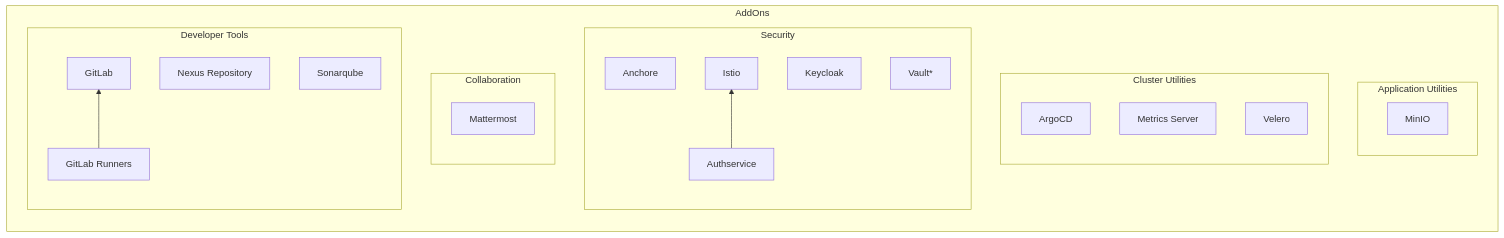
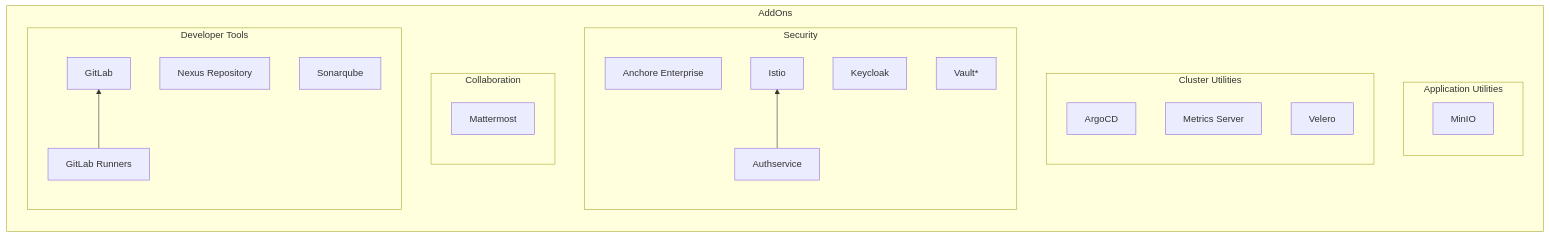
The second of 2 diagrams in docs/understanding-bigbang/package-architecture/README.md (DoD-Platform-One/bigbang), drawn with Mermaid before and after one commit. The commit also changed other lines of this file and 7 other files, not shown here.

Commit message:
Update package architechture diagram to reflect 3.0 changes

````diff
--- a/docs/understanding-bigbang/package-architecture/README.md
+++ b/docs/understanding-bigbang/package-architecture/README.md
@@ -71,35 +68,35 @@
 ```mermaid
 flowchart LR
   subgraph AddOns
     subgraph AppUtils[Application Utilities]
       MinIO
     end
 
     subgraph ClusterUtils[Cluster Utilities]
     direction BT
       ArgoCD
       Metrics[Metrics Server]
       Velero
     end
 
     subgraph "Security"
     direction BT
-      Anchore
+      Anchore[Anchore Enterprise]
       Authservice --> I[Istio]
       Keycloak
       Vault[Vault*]
     end
 
     subgraph "Collaboration"
     direction BT
       Mattermost
     end
 
     subgraph "Developer Tools"
     direction BT
       GLRunners[GitLab Runners] --> GitLab
       Nexus[Nexus Repository]
       Sonarqube
     end
   end
 ```
````
